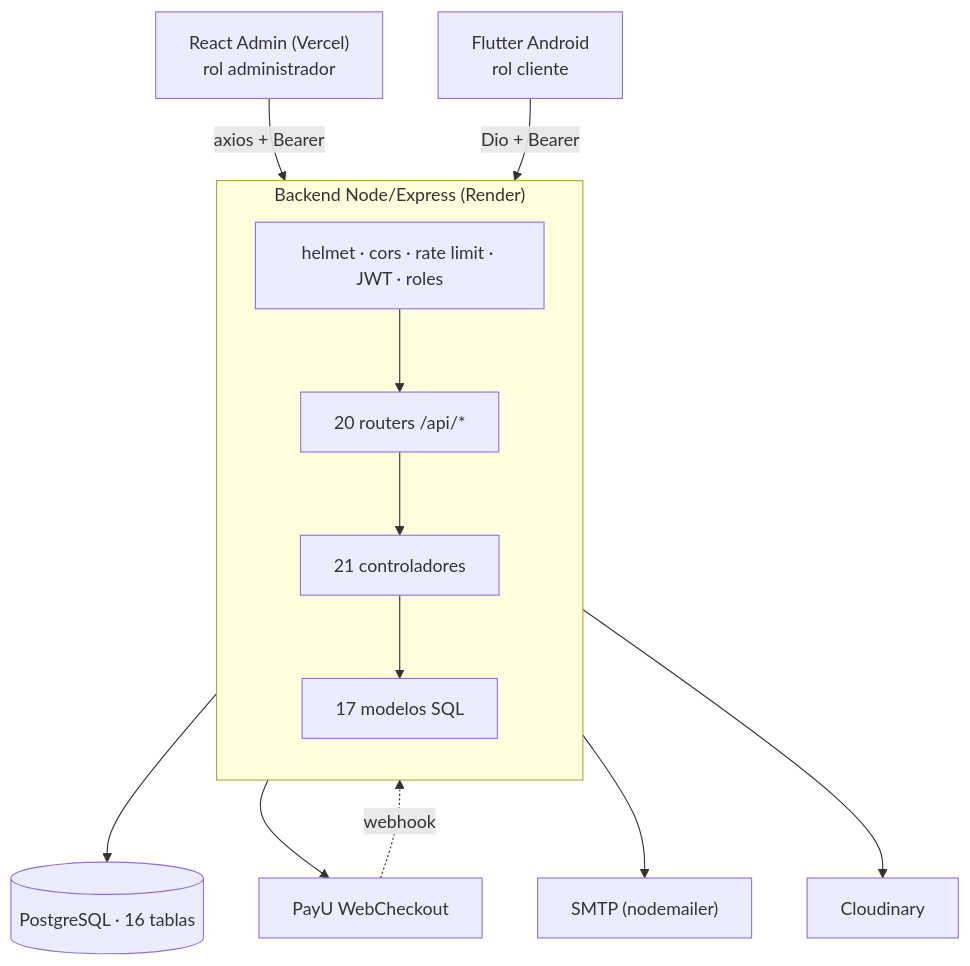
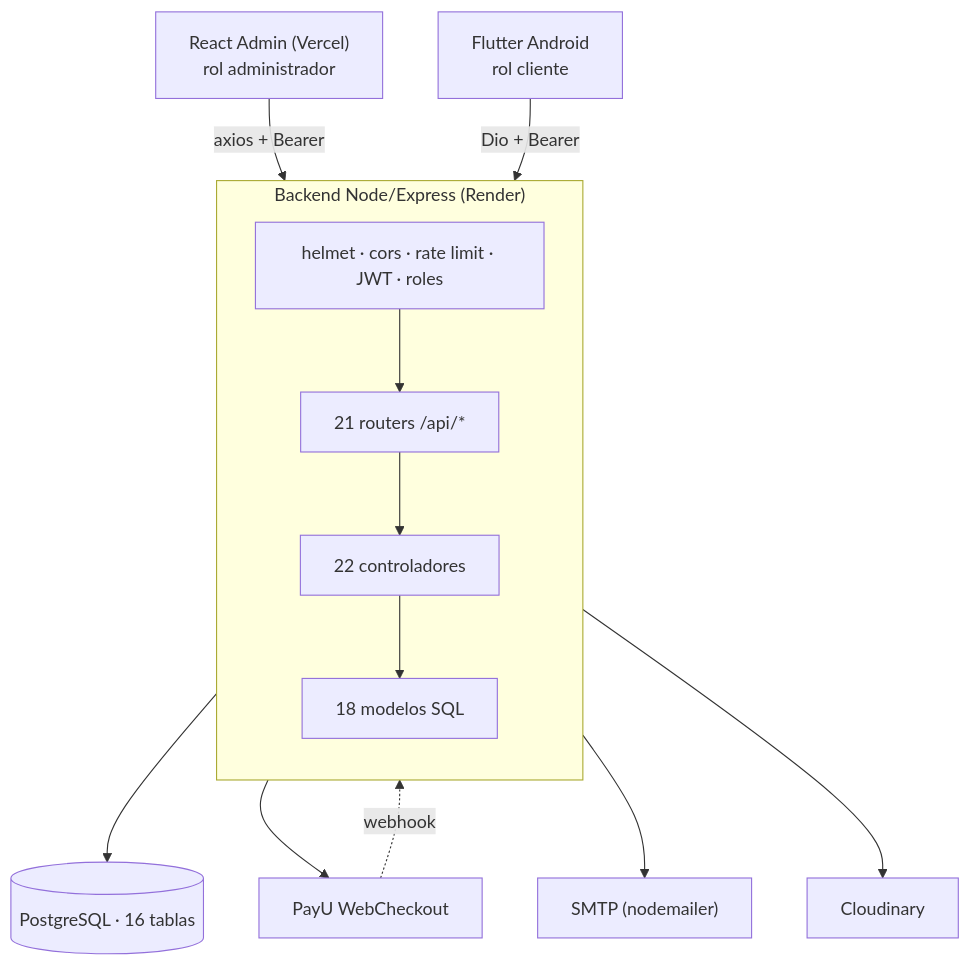
One commit to jimenezvegaedinson7-dot/librer-a changed the diagram in docs/architecture/graphs/general-architecture.mmd. Above: the diagram before and after it, drawn with Mermaid. The commit also changed 73 other files, not shown here.

```diff
--- a/docs/architecture/graphs/general-architecture.mmd
+++ b/docs/architecture/graphs/general-architecture.mmd
@@ -1,19 +1,19 @@
 %% Generado 2026-10-01 desde el código real (actualizar-mapa.mjs)
 flowchart TB
     DB[("PostgreSQL · 16 tablas")]
     subgraph API["Backend Node/Express (Render)"]
         direction TB
         MW["helmet · cors · rate limit · JWT · roles"]
-        R["20 routers /api/*"]
-        C["21 controladores"]
-        M["17 modelos SQL"]
+        R["21 routers /api/*"]
+        C["22 controladores"]
+        M["18 modelos SQL"]
         MW --> R --> C --> M
     end
     M --> DB
     EXT1["PayU WebCheckout"]
     EXT2["SMTP (nodemailer)"]
     EXT3["Cloudinary"]
     C --> EXT1 & EXT2 & EXT3
     EXT1 -. webhook .-> R
     REACT["React Admin (Vercel)<br/>rol administrador"] -->|"axios + Bearer"| MW
     FLUTTER["Flutter Android<br/>rol cliente"] -->|"Dio + Bearer"| MW
```
